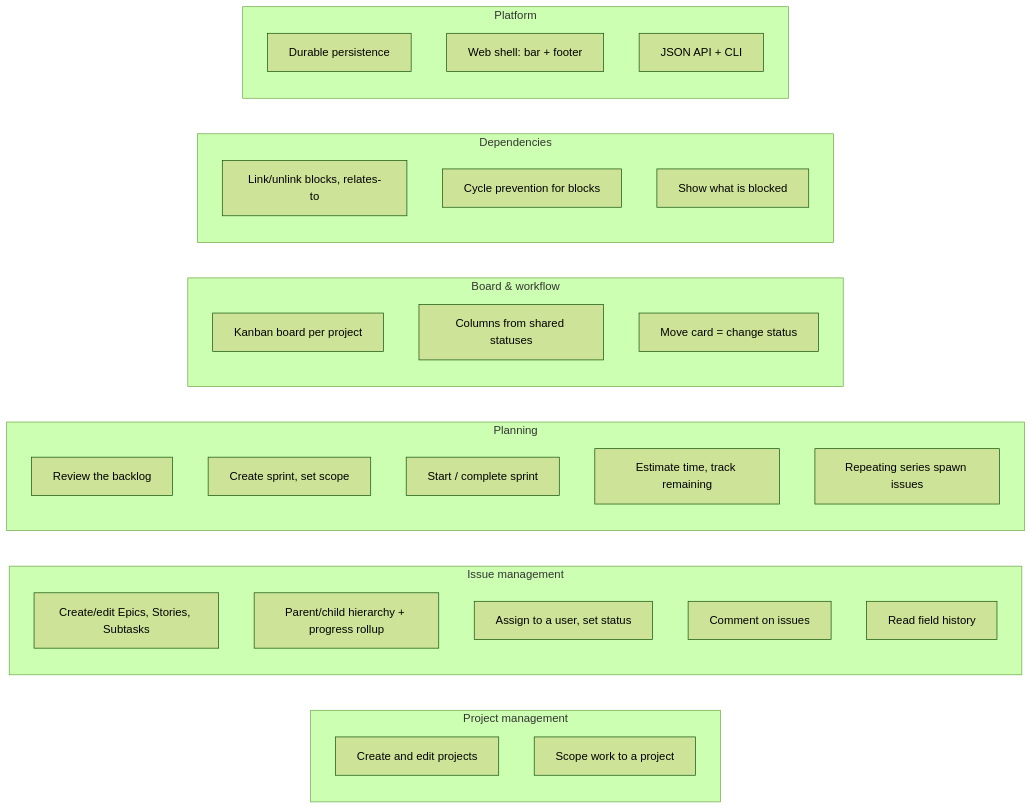
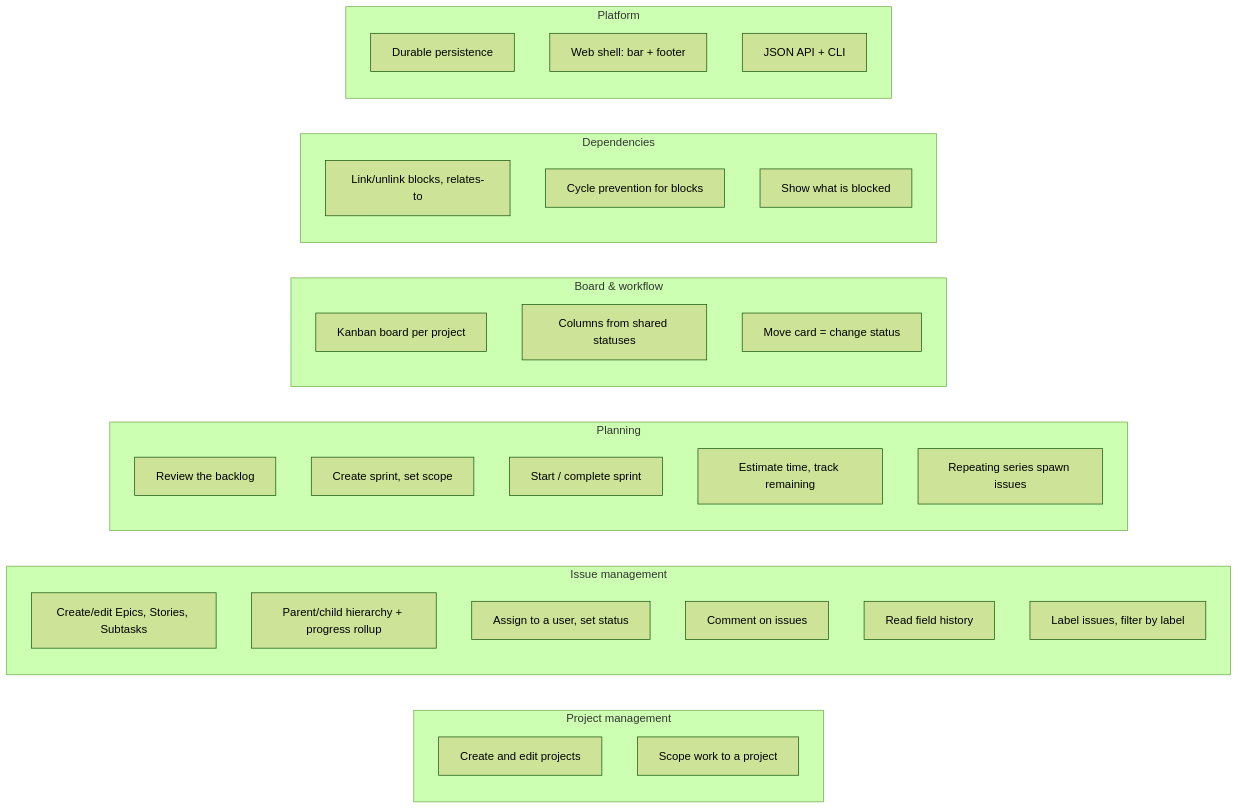
Before and after one commit to Mathotics/Keel: the diagram in docs/architecture/capabilities.md, drawn with Mermaid (forest theme). The commit also changed other lines of this file and 43 other files, not shown here.

````diff
--- a/docs/architecture/capabilities.md
+++ b/docs/architecture/capabilities.md
@@ -5,36 +5,37 @@
 ```mermaid
 flowchart LR
   subgraph Proj["Project management"]
     p1[Create and edit projects]
     p2[Scope work to a project]
   end
   subgraph Issue["Issue management"]
     a1[Create/edit Epics, Stories, Subtasks]
     a2[Parent/child hierarchy + progress rollup]
     a3[Assign to a user, set status]
     a4[Comment on issues]
     a5[Read field history]
+    a6[Label issues, filter by label]
   end
   subgraph Plan["Planning"]
     b1[Review the backlog]
     b2[Create sprint, set scope]
     b3[Start / complete sprint]
     b4[Estimate time, track remaining]
     b5[Repeating series spawn issues]
   end
   subgraph Board["Board & workflow"]
     c1[Kanban board per project]
     c2[Columns from shared statuses]
     c3[Move card = change status]
   end
   subgraph Dep["Dependencies"]
     d1[Link/unlink blocks, relates-to]
     d2[Cycle prevention for blocks]
     d3[Show what is blocked]
   end
   subgraph Plat["Platform"]
     e1[Durable persistence]
     e2[Web shell: bar + footer]
     e3[JSON API + CLI]
   end
 ```
````
